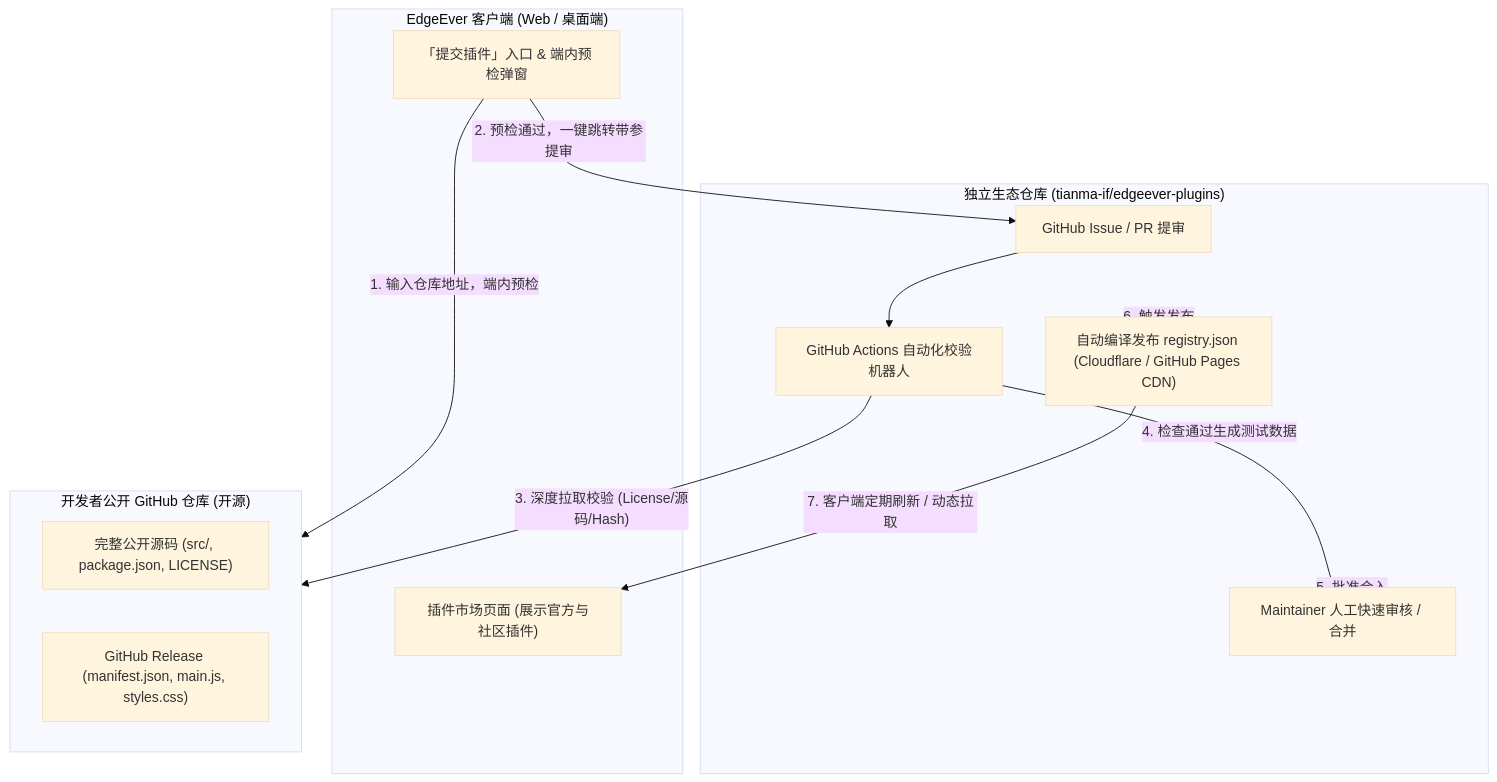
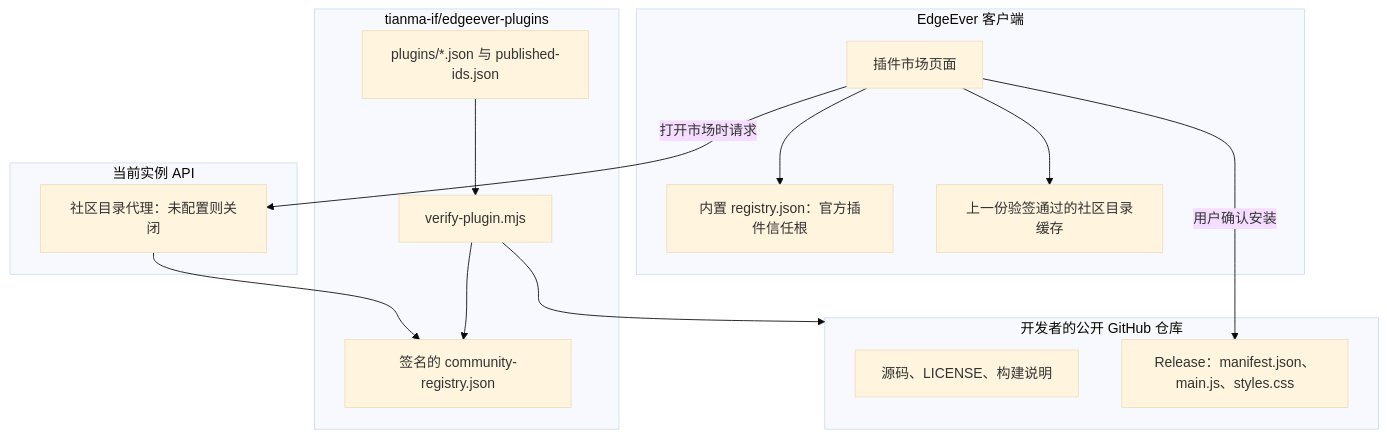
One commit to 1092214362/edgeever changed the diagram in docs/community-plugin-marketplace-plan.zh-CN.md. Above: the diagram before and after it, drawn with Mermaid (base theme). The commit also changed other lines of this file, not shown here.

Commit message:
docs: keep the community plugin catalog from replacing official plugins

````diff
--- a/docs/community-plugin-marketplace-plan.zh-CN.md
+++ b/docs/community-plugin-marketplace-plan.zh-CN.md
@@ -27,28 +56,32 @@
 ```mermaid
 flowchart TD
-    subgraph Client ["EdgeEver 客户端 (Web / 桌面端)"]
-        UI_Market["插件市场页面 (展示官方与社区插件)"]
-        UI_Submit["「提交插件」入口 & 端内预检弹窗"]
+    subgraph Client ["EdgeEver 客户端"]
+        Bundled["内置 registry.json：官方插件信任根"]
+        Market["插件市场页面"]
+        Cache["上一份验签通过的社区目录缓存"]
     end
 
-    subgraph Hub ["独立生态仓库 (tianma-if/edgeever-plugins)"]
-        IssueOrPR["GitHub Issue / PR 提审"]
-        Action_Bot["GitHub Actions 自动化校验机器人"]
-        Review["Maintainer 人工快速审核 / 合并"]
-        Registry_CDN["自动编译发布 registry.json (Cloudflare / GitHub Pages CDN)"]
+    subgraph Instance ["当前实例 API"]
+        Proxy["社区目录代理：未配置则关闭"]
     end
 
-    subgraph DevRepo ["开发者公开 GitHub 仓库 (开源)"]
-        RepoSource["完整公开源码 (src/, package.json, LICENSE)"]
-        RepoRelease["GitHub Release (manifest.json, main.js, styles.css)"]
+    subgraph Hub ["tianma-if/edgeever-plugins"]
+        Files["plugins/*.json 与 published-ids.json"]
+        CI["verify-plugin.mjs"]
+        Signed["签名的 community-registry.json"]
     end
 
-    UI_Submit -->|"1. 输入仓库地址，端内预检"| DevRepo
-    UI_Submit -->|"2. 预检通过，一键跳转带参提审"| IssueOrPR
-    IssueOrPR --> Action_Bot
-    Action_Bot -->|"3. 深度拉取校验 (License/源码/Hash)"| DevRepo
-    Action_Bot -->|"4. 检查通过生成测试数据"| Review
-    Review -->|"5. 批准合入"| Hub
-    Hub -->|"6. 触发发布"| Registry_CDN
-    Registry_CDN -->|"7. 客户端定期刷新 / 动态拉取"| UI_Market
+    subgraph DevRepo ["开发者的公开 GitHub 仓库"]
+        Source["源码、LICENSE、构建说明"]
+        Release["Release：manifest.json、main.js、styles.css"]
+    end
+
+    Market --> Bundled
+    Market --> Cache
+    Market -->|"打开市场时请求"| Proxy
+    Proxy --> Signed
+    Files --> CI
+    CI --> DevRepo
+    CI --> Signed
+    Market -->|"用户确认安装"| Release
 ```
````
